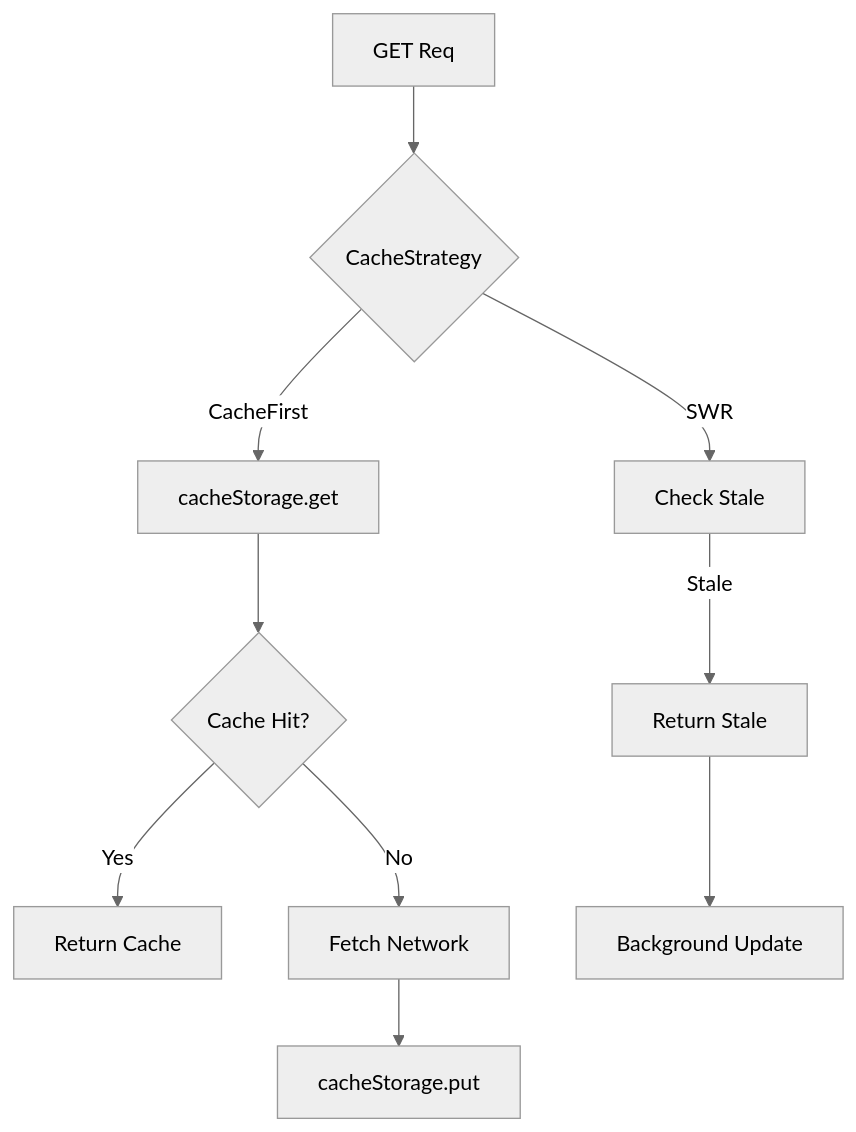
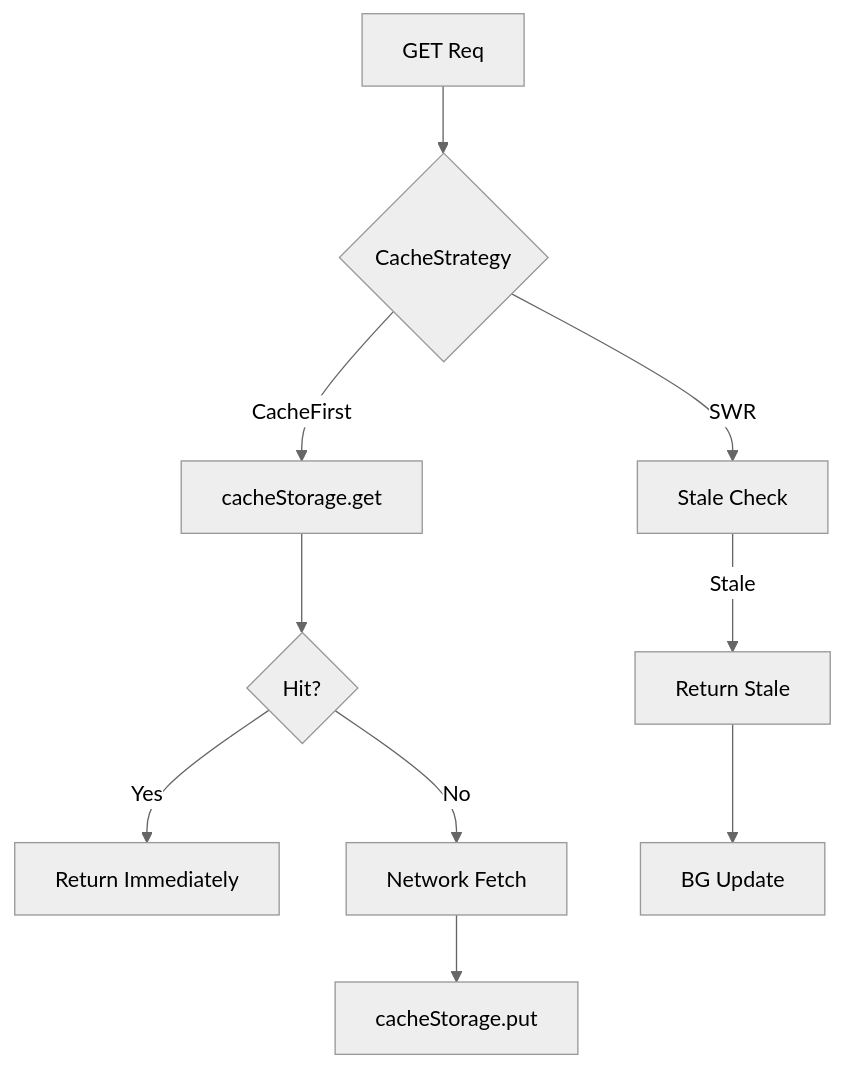
Before and after one commit to dokimiki/passpal: the third of 5 diagrams in lib/core/network/document.md, drawn with Mermaid (neutral theme). The commit also changed other lines of this file and 1 other file, not shown here.

````diff
--- a/lib/core/network/document.md
+++ b/lib/core/network/document.md
@@ -128,12 +131,12 @@
 ```mermaid
 flowchart TD
     A[GET Req] --> B{CacheStrategy}
     B -->|CacheFirst| C[cacheStorage.get]
-    C --> D{Cache Hit?}
-    D -->|Yes| E[Return Cache]
-    D -->|No| F[Fetch Network]
+    C --> D{Hit?}
+    D -->|Yes| E[Return Immediately]
+    D -->|No| F[Network Fetch]
     F --> G[cacheStorage.put]
-    B -->|SWR| H[Check Stale]
+    B -->|SWR| H[Stale Check]
     H -->|Stale| I[Return Stale]
-    I --> J[Background Update]
+    I --> J[BG Update]
 ```
````
